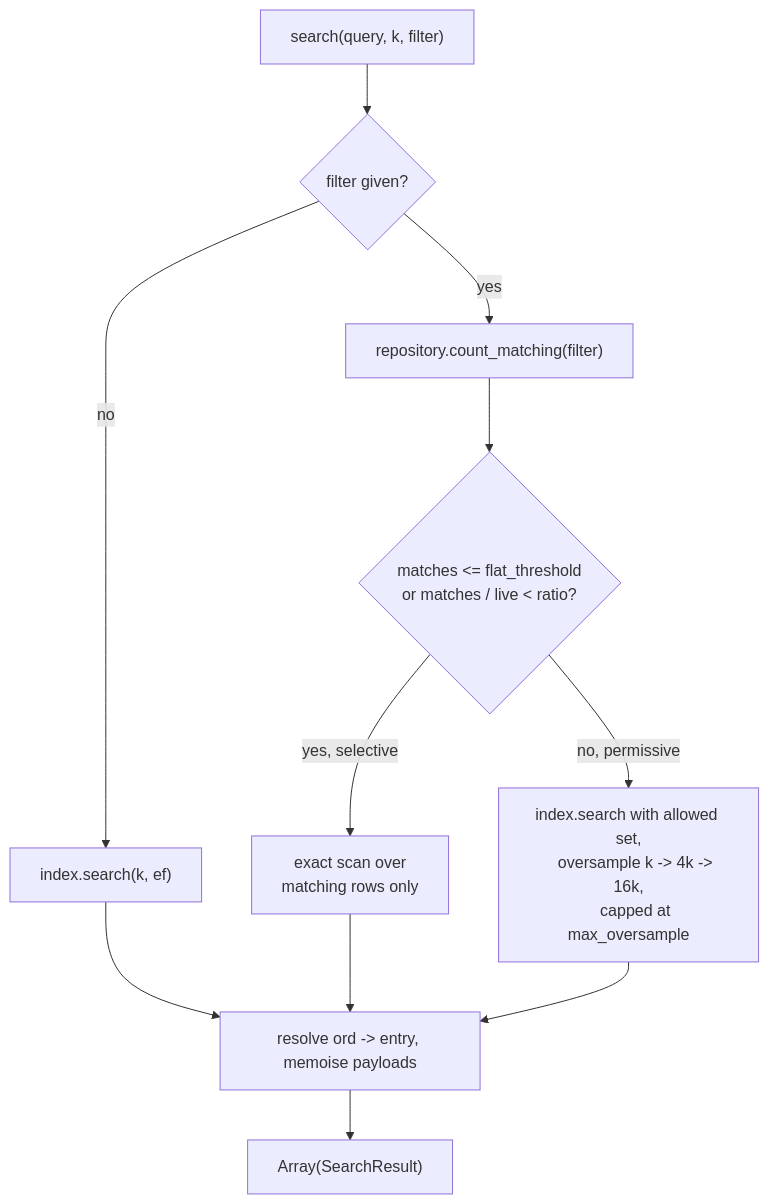
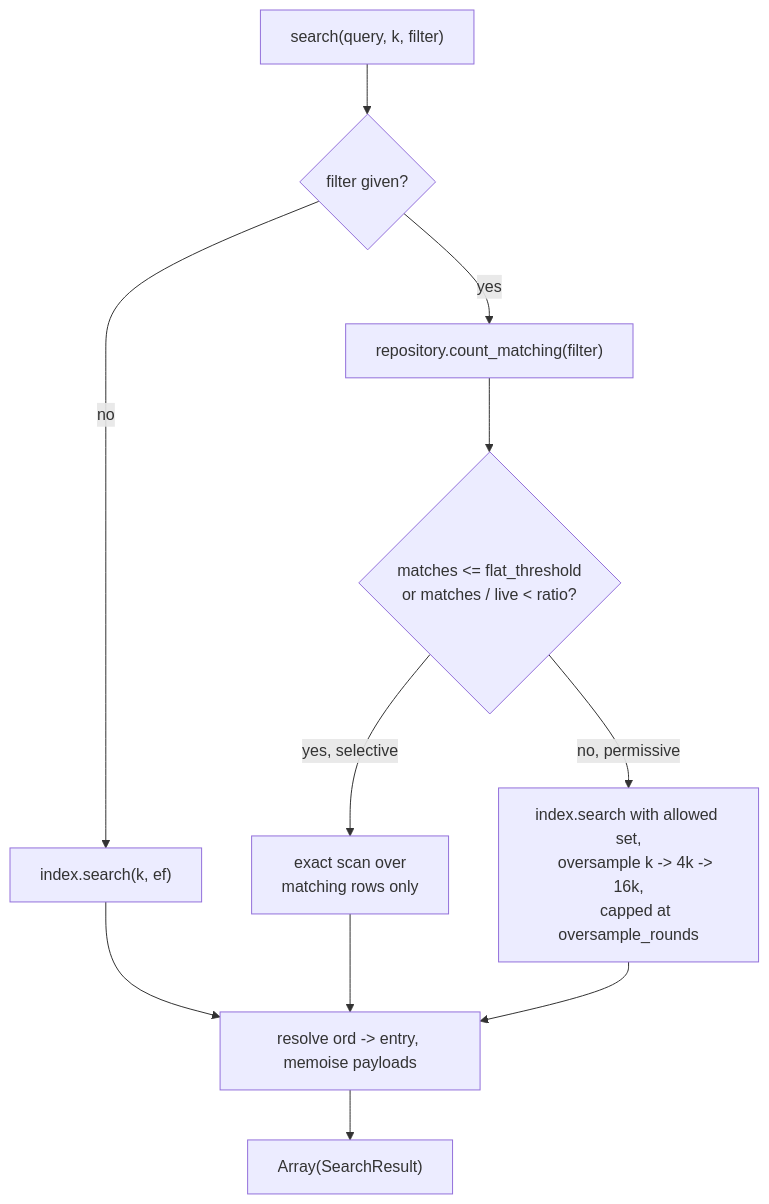
Before and after one commit to nogginly/vecstolite.cr: the third of 3 diagrams in DESIGN.md, drawn with Mermaid. The commit also changed other lines of this file and 1 other file, not shown here.

````diff
--- a/DESIGN.md
+++ b/DESIGN.md
@@ -502,17 +558,17 @@
 ```mermaid
 flowchart TD
     Q["search(query, k, filter)"] --> F{"filter given?"}
     F -->|no| ANN["index.search(k, ef)"]
     F -->|yes| CNT["repository.count_matching(filter)"]
     CNT --> SEL{"matches <= flat_threshold
     or matches / live < ratio?"}
     SEL -->|yes, selective| EX["exact scan over
     matching rows only"]
     SEL -->|no, permissive| POST["index.search with allowed set,
     oversample k -> 4k -> 16k,
-    capped at max_oversample"]
+    capped at oversample_rounds"]
     ANN --> R["resolve ord -> entry, memoise payloads"]
     EX --> R
     POST --> R
     R --> OUT["Array(SearchResult)"]
 ```
````
